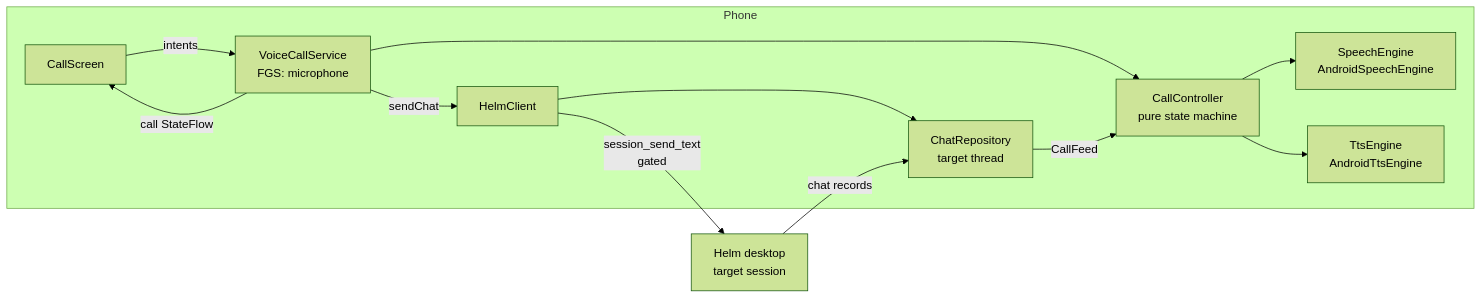
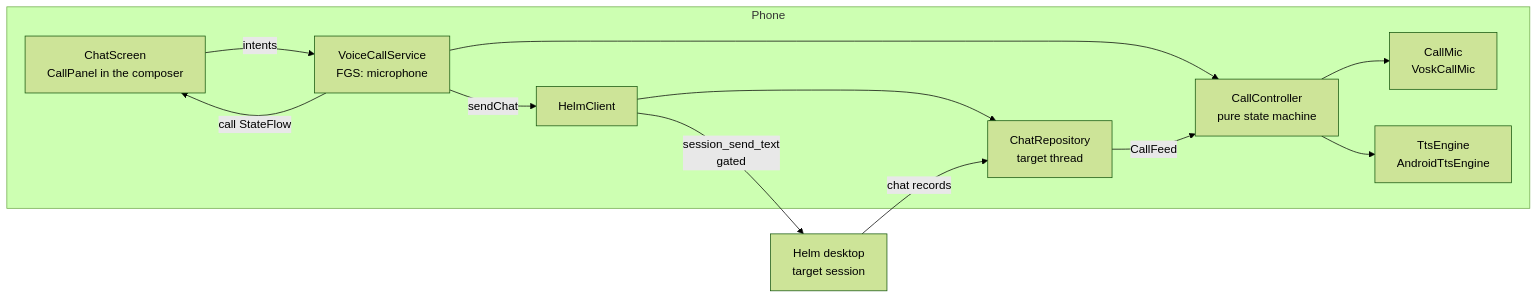
One commit to PetePeter/helm changed the first of 9 diagrams in docs/voice-operator.md. Above: the diagram before and after it, drawn with Mermaid (forest theme). The commit also changed other lines of this file and 31 other files, not shown here.

First line of the commit message:
feat(mobile): phone-style calls in the chat, one voice button, desktop picker

````diff
--- a/docs/voice-operator.md
+++ b/docs/voice-operator.md
@@ -18,15 +19,15 @@
 ```mermaid
 graph LR
     subgraph Phone
-        UI[CallScreen] -- intents --> SVC[VoiceCallService<br/>FGS: microphone]
+        UI[ChatScreen<br/>CallPanel in the composer] -- intents --> SVC[VoiceCallService<br/>FGS: microphone]
         SVC --> CC[CallController<br/>pure state machine]
-        CC --> STT[SpeechEngine<br/>AndroidSpeechEngine]
+        CC --> STT[CallMic<br/>VoskCallMic]
         CC --> TTS[TtsEngine<br/>AndroidTtsEngine]
         SVC -- sendChat --> CL[HelmClient]
         CL --> CR[ChatRepository<br/>target thread]
         CR -- CallFeed --> CC
         SVC -- call StateFlow --> UI
     end
     CL -- session_send_text<br/>gated --> Helm[Helm desktop<br/>target session]
     Helm -- chat records --> CR
 ```
````
